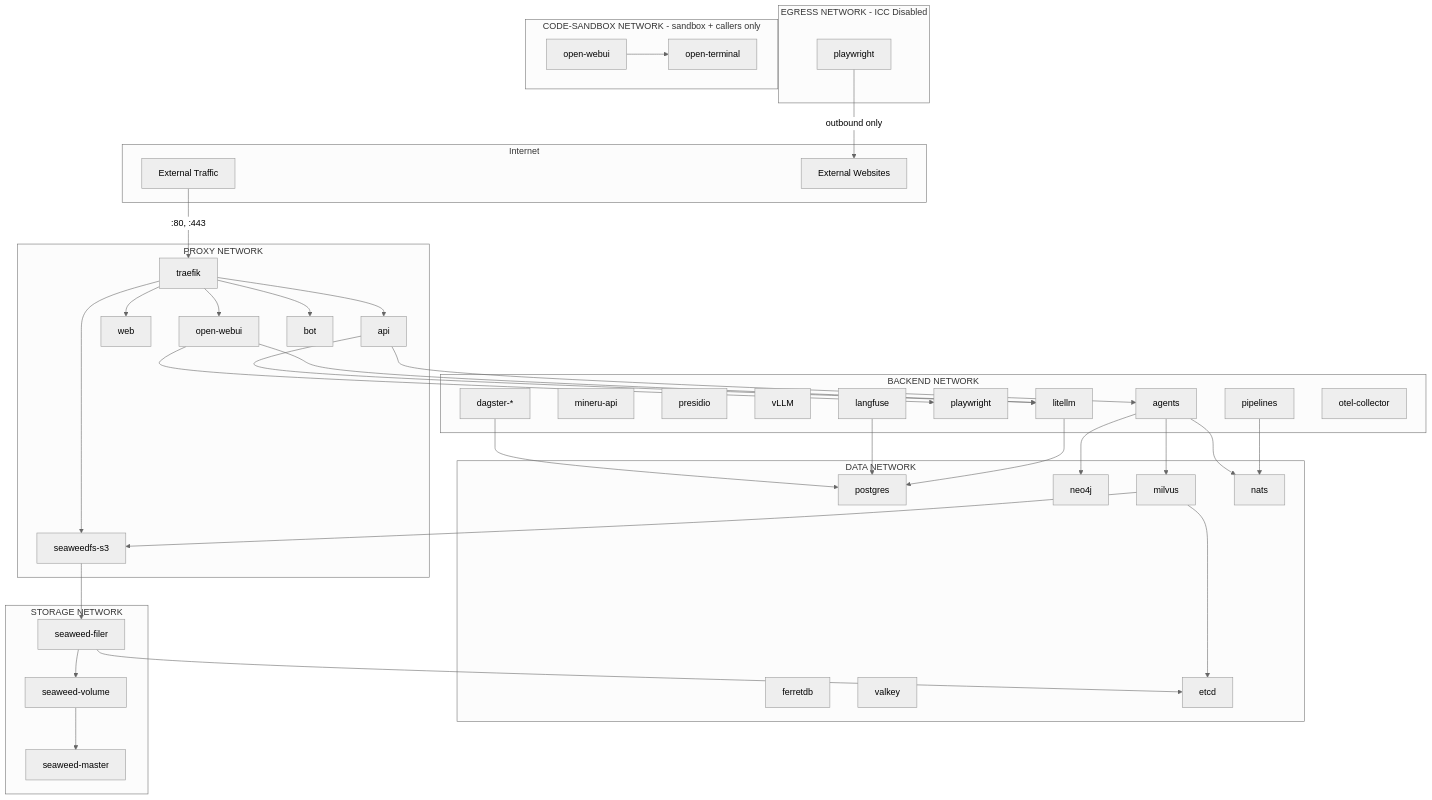
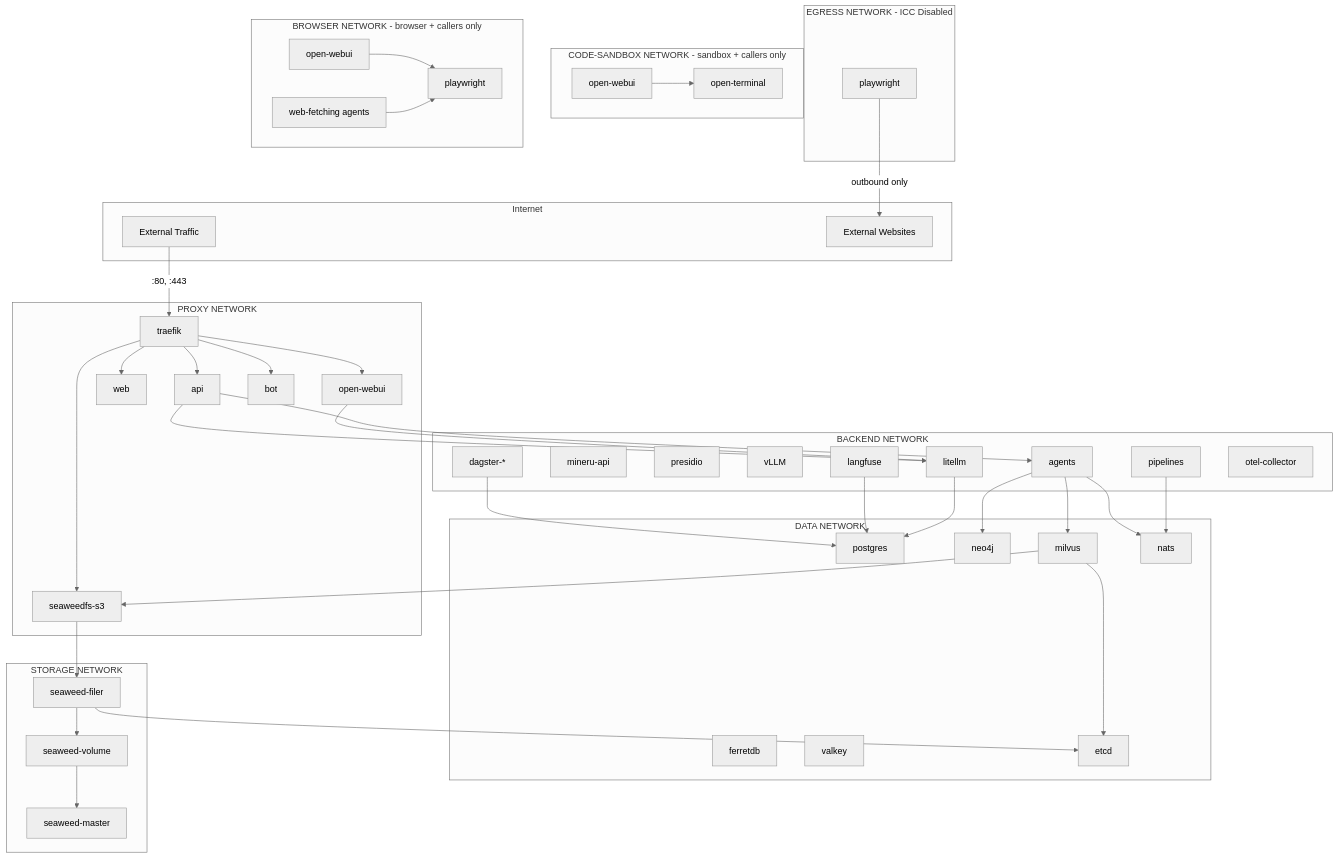
The diagram in docs/docs/2_platform/2_architecture/4_network_isolation/index.de.md (bbvch-ai/aihub-core), drawn with Mermaid (neutral theme) before and after one commit. The commit also changed other lines of this file and 24 other files, not shown here.

First line of the commit message:
doc(swiss-ai-hub): Document reading linked web pages, the Web Page Assistant and the browser zone

```diff
--- a/docs/docs/2_platform/2_architecture/4_network_isolation/index.de.md
+++ b/docs/docs/2_platform/2_architecture/4_network_isolation/index.de.md
@@ -142,7 +163,6 @@
         presidio[presidio]
         vllm[vLLM]
         agents[agents]
-        playwright[playwright]
         dagster[dagster-*]
         pipelines[pipelines]
         langfuse[langfuse]
@@ -156,6 +176,12 @@
     subgraph code-sandbox[CODE-SANDBOX NETWORK - sandbox + callers only]
         open-terminal[open-terminal]
         openwebui_cs[open-webui]
+    end
+
+    subgraph browser[BROWSER NETWORK - browser + callers only]
+        playwright[playwright]
+        openwebui_br[open-webui]
+        agents_br[web-fetching agents]
     end
 
     subgraph data[DATA NETWORK]
@@ -185,7 +211,8 @@
     api --> agents
     openwebui --> litellm
     openwebui_cs --> open-terminal
-    openwebui --> playwright
+    openwebui_br --> playwright
+    agents_br --> playwright
     agents --> nats
     agents --> milvus
     agents --> neo4j
```
